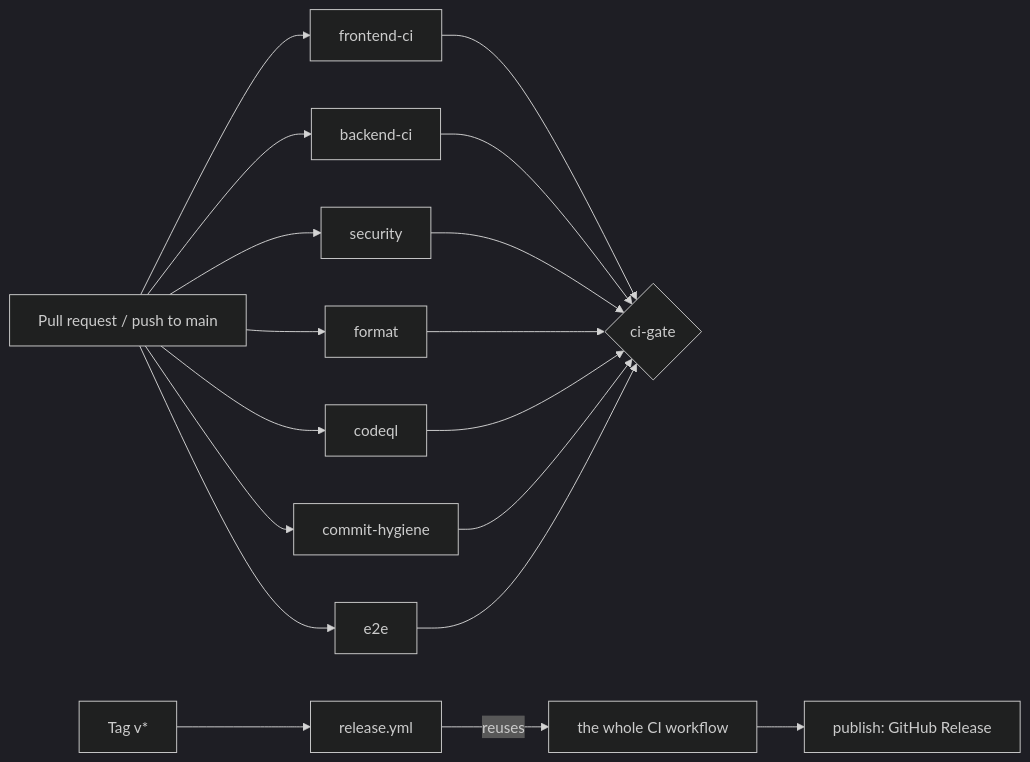
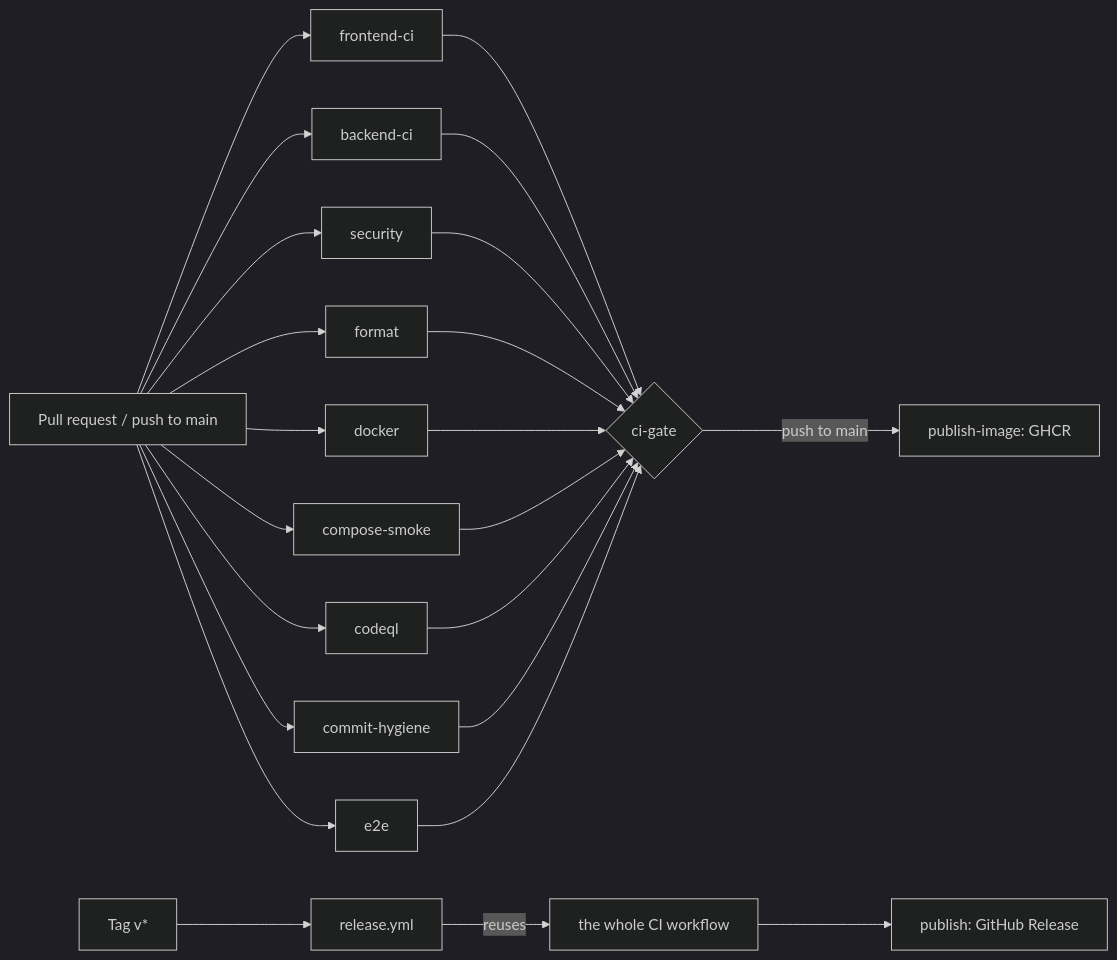
The diagram in docs/platform/CI_CD.md (Xitiz-01/Park-Smart), drawn with Mermaid (dark theme) before and after one commit. The commit also changed other lines of this file and 3 other files, not shown here.

First line of the commit message:
ci: docker build, scan and compose smoke

````diff
--- a/docs/platform/CI_CD.md
+++ b/docs/platform/CI_CD.md
@@ -7,20 +7,25 @@
 ```mermaid
 flowchart LR
   pr[Pull request / push to main] --> fe[frontend-ci]
   pr --> be[backend-ci]
   pr --> sec[security]
   pr --> fmt[format]
+  pr --> dk[docker]
+  pr --> cs[compose-smoke]
   pr --> cq[codeql]
   pr --> ch[commit-hygiene]
   pr --> e2e[e2e]
   fe --> gate{ci-gate}
   be --> gate
   sec --> gate
   fmt --> gate
+  dk --> gate
+  cs --> gate
   cq --> gate
   ch --> gate
   e2e --> gate
+  gate -->|push to main| img[publish-image: GHCR]
   tag[Tag v*] --> rel[release.yml]
   rel -->|reuses| ci[the whole CI workflow]
   ci --> pub[publish: GitHub Release]
 ```
````
